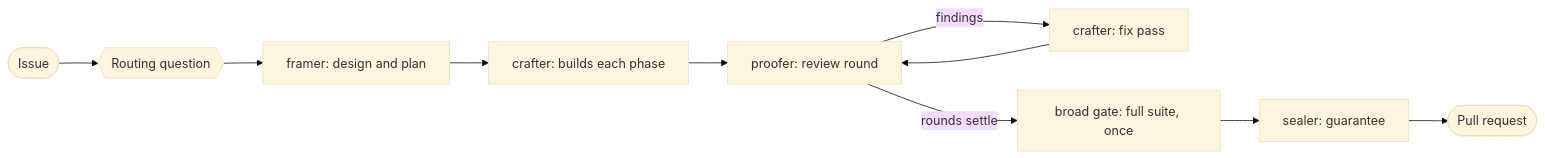
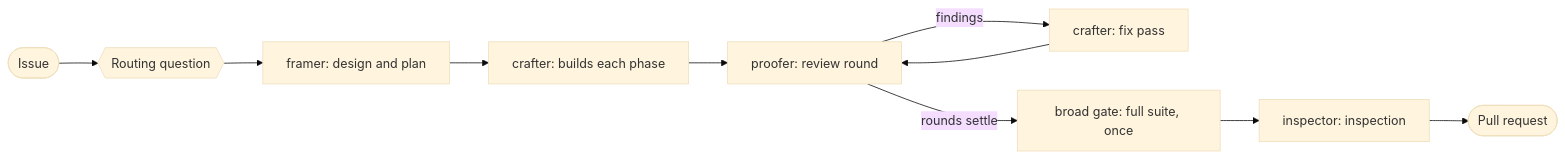
The diagram in README.md (MichaelYcJo/AgenticSeal), drawn with Mermaid (base theme) before and after one commit. The commit also changed other lines of this file and 491 other files, not shown here.

````diff
--- a/README.md
+++ b/README.md
@@ -30,12 +31,12 @@
 ```mermaid
 flowchart LR
     issue([Issue]) --> routing{{Routing question}}
     routing --> framer[framer: design and plan]
     framer --> crafter[crafter: builds each phase]
     crafter --> proofer[proofer: review round]
     proofer -- findings --> fix[crafter: fix pass]
     fix --> proofer
     proofer -- rounds settle --> gate[broad gate: full suite, once]
-    gate --> sealer[sealer: guarantee]
-    sealer --> pr([Pull request])
+    gate --> inspector[inspector: inspection]
+    inspector --> pr([Pull request])
 ```
````
